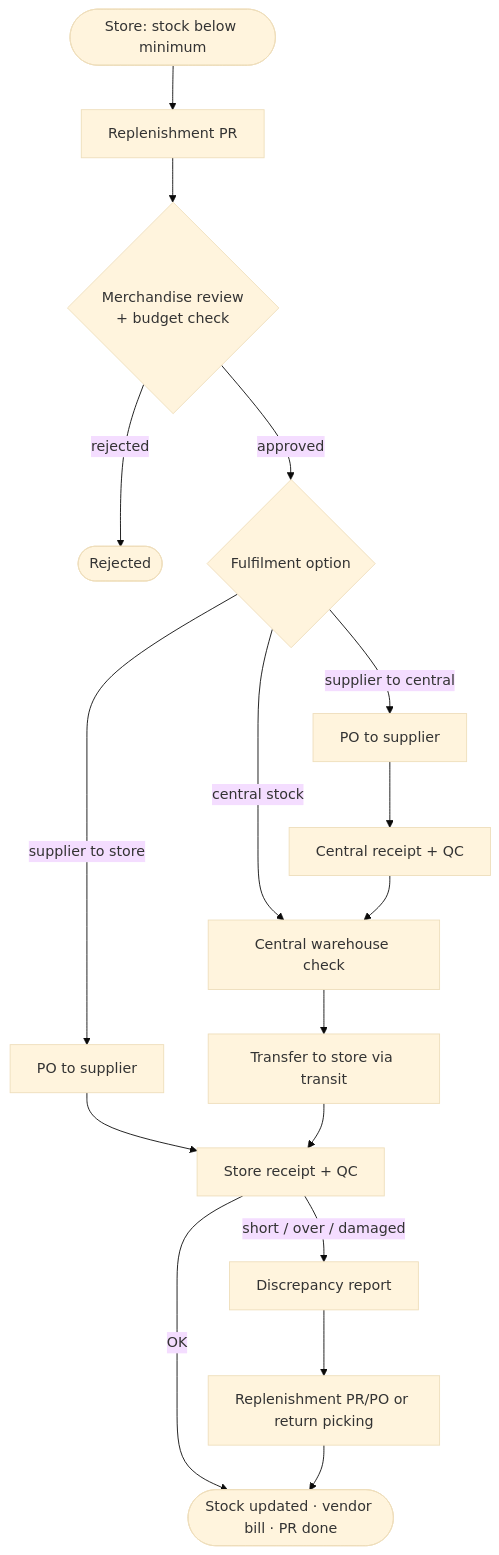
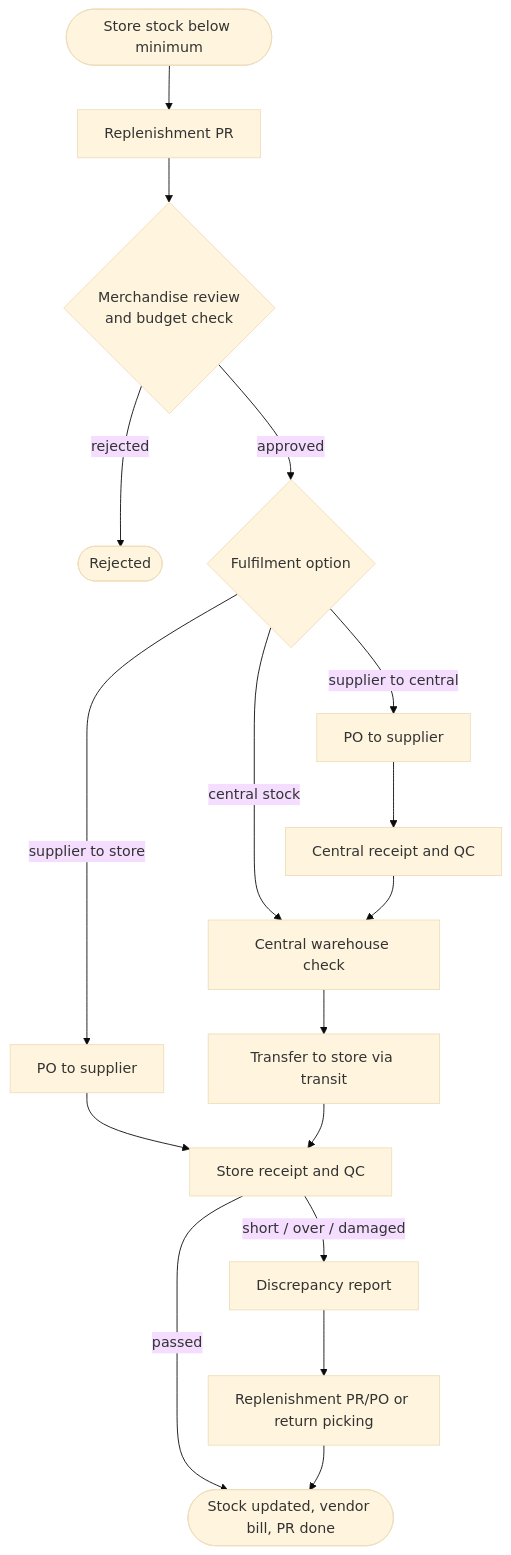
The second of 2 diagrams in README.md (HoangPhucTony/Mis_Purchasing_OdooProject), drawn with Mermaid (base theme) before and after one commit. The commit also changed other lines of this file and 4 other files, not shown here.

````diff
--- a/README.md
+++ b/README.md
@@ -137,19 +136,19 @@
 ```mermaid
 flowchart TD
-    A([Store: stock below minimum]) --> B[Replenishment PR]
-    B --> C{Merchandise review<br/>+ budget check}
+    A([Store stock below minimum]) --> B[Replenishment PR]
+    B --> C{Merchandise review<br/>and budget check}
     C -- rejected --> X([Rejected])
     C -- approved --> D{Fulfilment option}
     D -- central stock --> E[Central warehouse check]
     D -- supplier to central --> F[PO to supplier]
     D -- supplier to store --> G[PO to supplier]
-    F --> H[Central receipt + QC]
+    F --> H[Central receipt and QC]
     H --> E
     E --> I[Transfer to store via transit]
-    G --> J[Store receipt + QC]
+    G --> J[Store receipt and QC]
     I --> J
-    J -- OK --> K([Stock updated · vendor bill · PR done])
+    J -- passed --> K([Stock updated, vendor bill, PR done])
     J -- short / over / damaged --> L[Discrepancy report]
     L --> M[Replenishment PR/PO or return picking]
     M --> K
 ```
````
